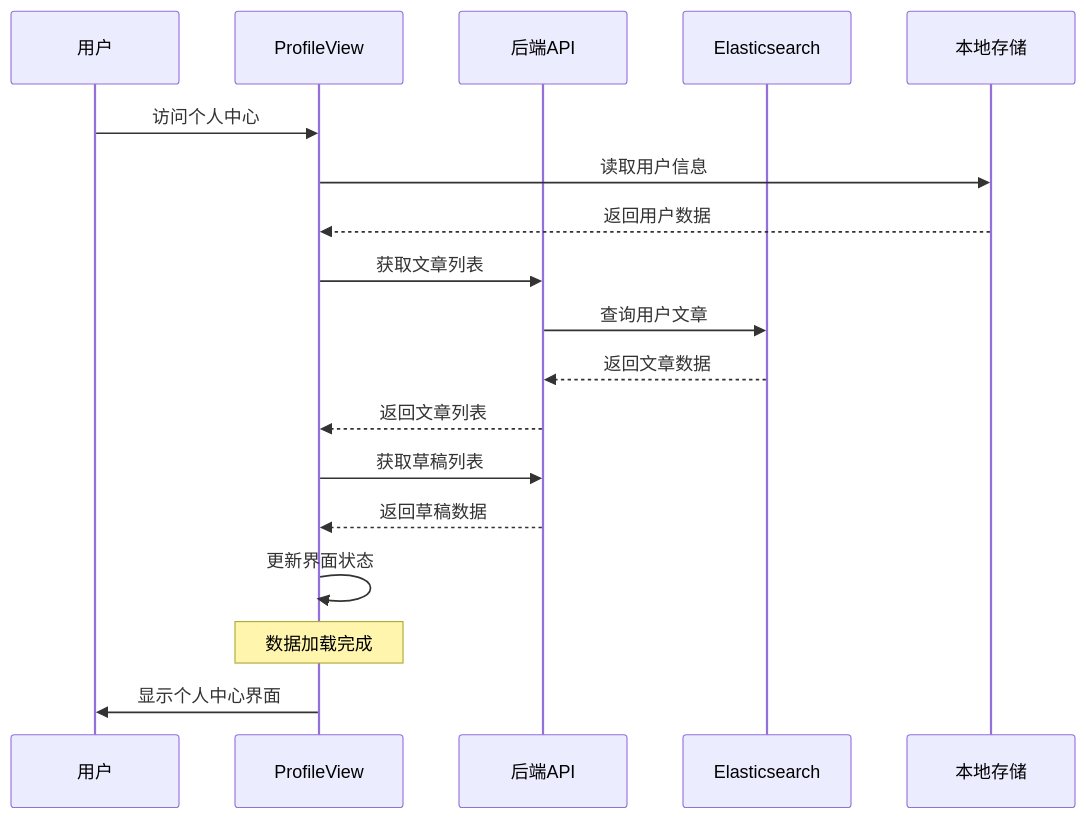
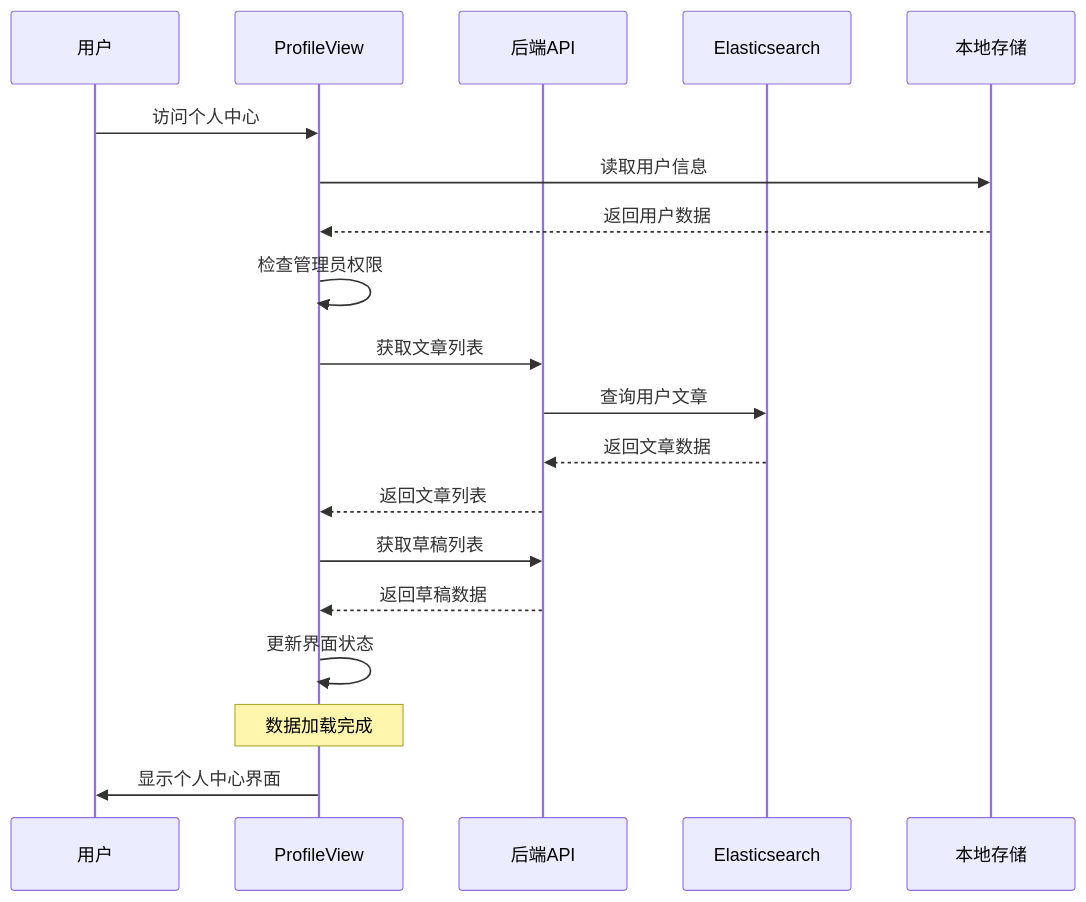
The fourth of 11 diagrams in .qoder/repowiki/zh/content/Profile View.md (20164206160/zhishilu), drawn with Mermaid before and after one commit. The commit also changed other lines of this file and 11 other files, not shown here.

````diff
--- a/.qoder/repowiki/zh/content/Profile View.md
+++ b/.qoder/repowiki/zh/content/Profile View.md
@@ -209,20 +248,21 @@
 ```mermaid
 sequenceDiagram
 participant U as 用户
 participant PV as ProfileView
 participant API as 后端API
 participant ES as Elasticsearch
 participant LS as 本地存储
 U->>PV : 访问个人中心
 PV->>LS : 读取用户信息
 LS-->>PV : 返回用户数据
+PV->>PV : 检查管理员权限
 PV->>API : 获取文章列表
 API->>ES : 查询用户文章
 ES-->>API : 返回文章数据
 API-->>PV : 返回文章列表
 PV->>API : 获取草稿列表
 API-->>PV : 返回草稿数据
 PV->>PV : 更新界面状态
 Note over PV : 数据加载完成
 PV->>U : 显示个人中心界面
 ```
````
